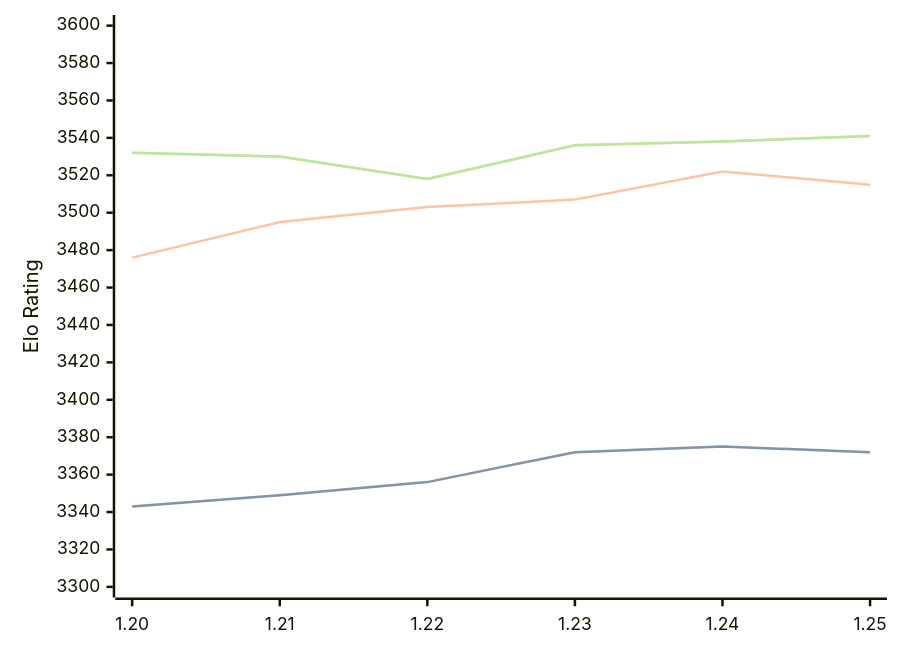
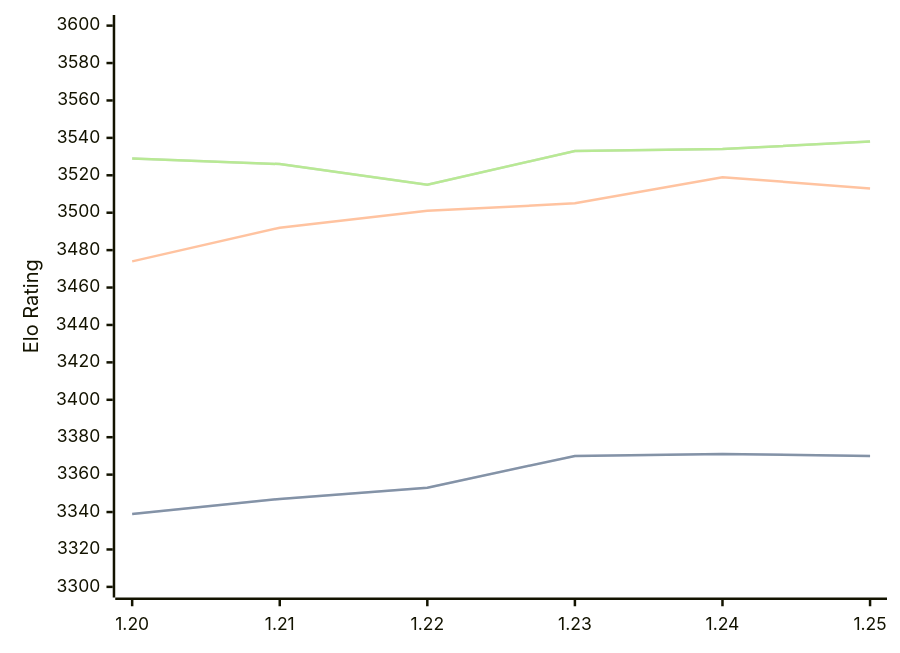
Before and after one commit to computer-chess-index/cci: the diagram in engines/Caissa.md, drawn with Mermaid. The commit also changed other lines of this file, not shown here.

Commit message:
Update CCI Ratings (ELO VLTC) - 2026-06-08

````diff
--- a/engines/Caissa.md
+++ b/engines/Caissa.md
@@ -65,11 +65,11 @@
 ```mermaid
 %%{init: {"theme":"base","themeVariables":{"seriesColors:['#a3a3a3','#222221','#faa371']}}}%%
 xychart-beta
   x-axis ["1.20", "1.21", "1.22", "1.23", "1.24", "1.25"]
   y-axis "Elo Rating" 3300 --> 3600
-  line "STC (8.0+0.08s)" [3343, 3349, 3356, 3372, 3375, 3372]
-  line "STC (8.0+0.08s)" [3343, 3349, 3356, 3372, 3375, 3372]
-  line "LTC (60.0+0.60s)" [3476, 3495, 3503, 3507, 3522, 3515]
-  line "VLTC (2m24s+1.12s)" [3532, 3530, 3518, 3536, 3538, 3541]
-  line "VLTC (2m24s+1.12s)" [3532, 3530, 3518, 3536, 3538, 3541]
+  line "STC (8.0+0.08s)" [3339, 3347, 3353, 3370, 3371, 3370]
+  line "STC (8.0+0.08s)" [3339, 3347, 3353, 3370, 3371, 3370]
+  line "LTC (60.0+0.60s)" [3474, 3492, 3501, 3505, 3519, 3513]
+  line "VLTC (2m24s+1.12s)" [3529, 3526, 3515, 3533, 3534, 3538]
+  line "VLTC (2m24s+1.12s)" [3529, 3526, 3515, 3533, 3534, 3538]
 ```
````
